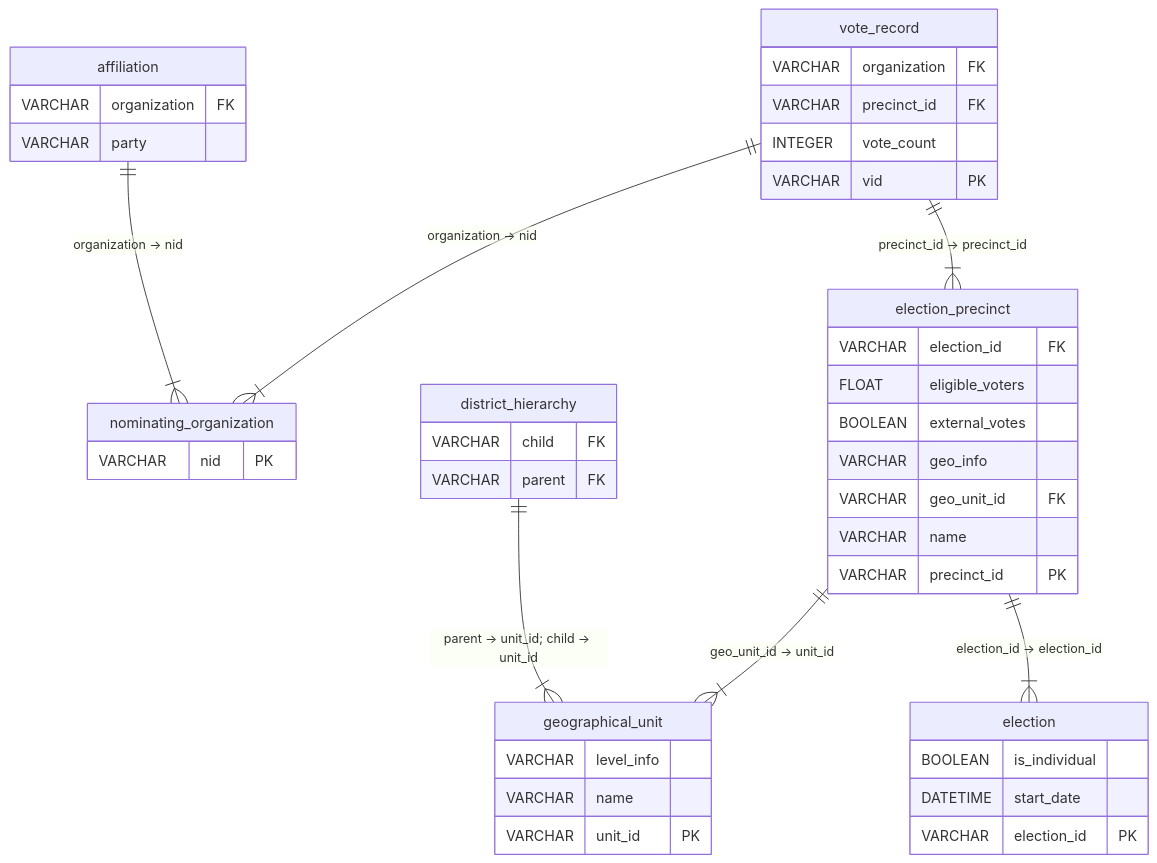
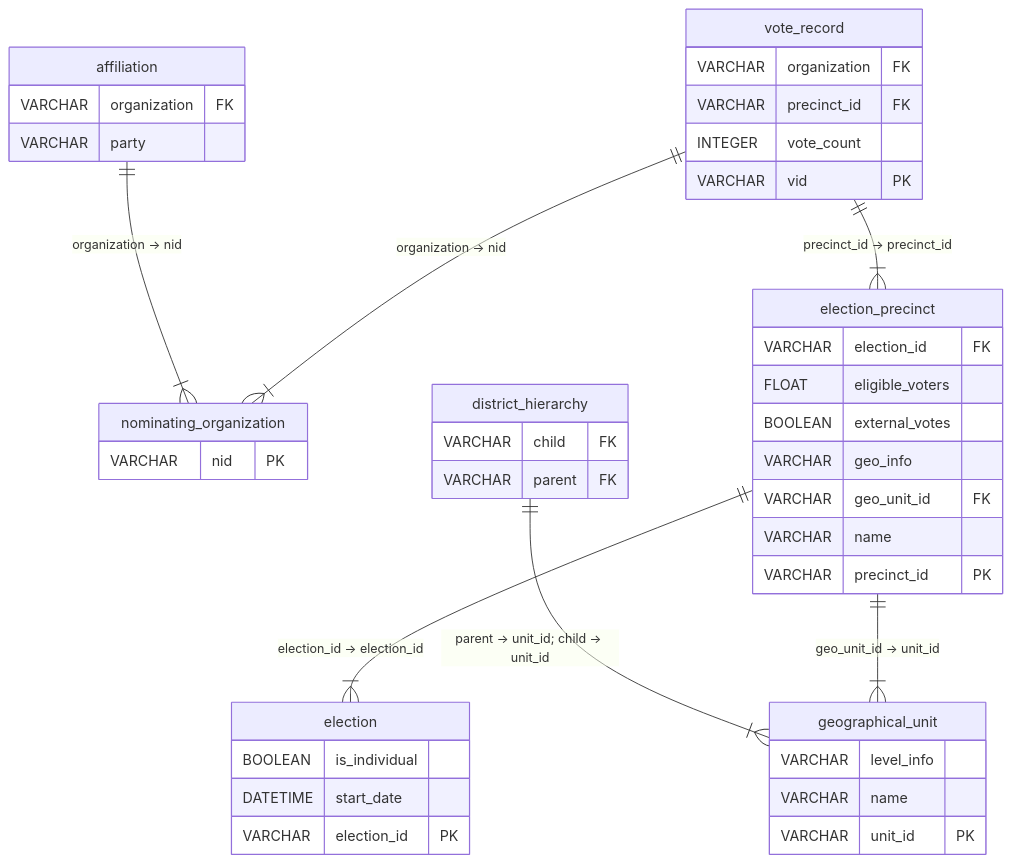
One commit to papsebestyen/explorer changed the diagram in _sources/dataset-pages/hungarian_elections.md. Above: the diagram before and after it, drawn with Mermaid. The commit also changed other lines of this file and 24 other files, not shown here.

````diff
--- a/_sources/dataset-pages/hungarian_elections.md
+++ b/_sources/dataset-pages/hungarian_elections.md
@@ -22,45 +22,45 @@
 ```{mermaid}
 erDiagram
   affiliation {    
     VARCHAR organization FK     
     VARCHAR party  
   }
   nominating_organization {    
     VARCHAR nid PK 
   }
   district_hierarchy {    
     VARCHAR child FK     
     VARCHAR parent FK 
   }
   geographical_unit {    
     VARCHAR level_info      
     VARCHAR name      
     VARCHAR unit_id PK 
   }
   election {    
     BOOLEAN is_individual      
     DATETIME start_date      
     VARCHAR election_id PK 
   }
   election_precinct {    
     VARCHAR election_id FK     
     FLOAT eligible_voters      
     BOOLEAN external_votes      
     VARCHAR geo_info      
     VARCHAR geo_unit_id FK     
     VARCHAR name      
     VARCHAR precinct_id PK 
   }
   vote_record {    
     VARCHAR organization FK     
     VARCHAR precinct_id FK     
     INTEGER vote_count      
     VARCHAR vid PK 
   }
   affiliation ||--|{ nominating_organization : "organization -> nid"
   district_hierarchy ||--|{ geographical_unit : "parent -> unit_id; child -> unit_id"
+  election_precinct ||--|{ election : "election_id -> election_id"
   election_precinct ||--|{ geographical_unit : "geo_unit_id -> unit_id"
-  election_precinct ||--|{ election : "election_id -> election_id"
+  vote_record ||--|{ nominating_organization : "organization -> nid"
   vote_record ||--|{ election_precinct : "precinct_id -> precinct_id"
-  vote_record ||--|{ nominating_organization : "organization -> nid"
 ```
````
